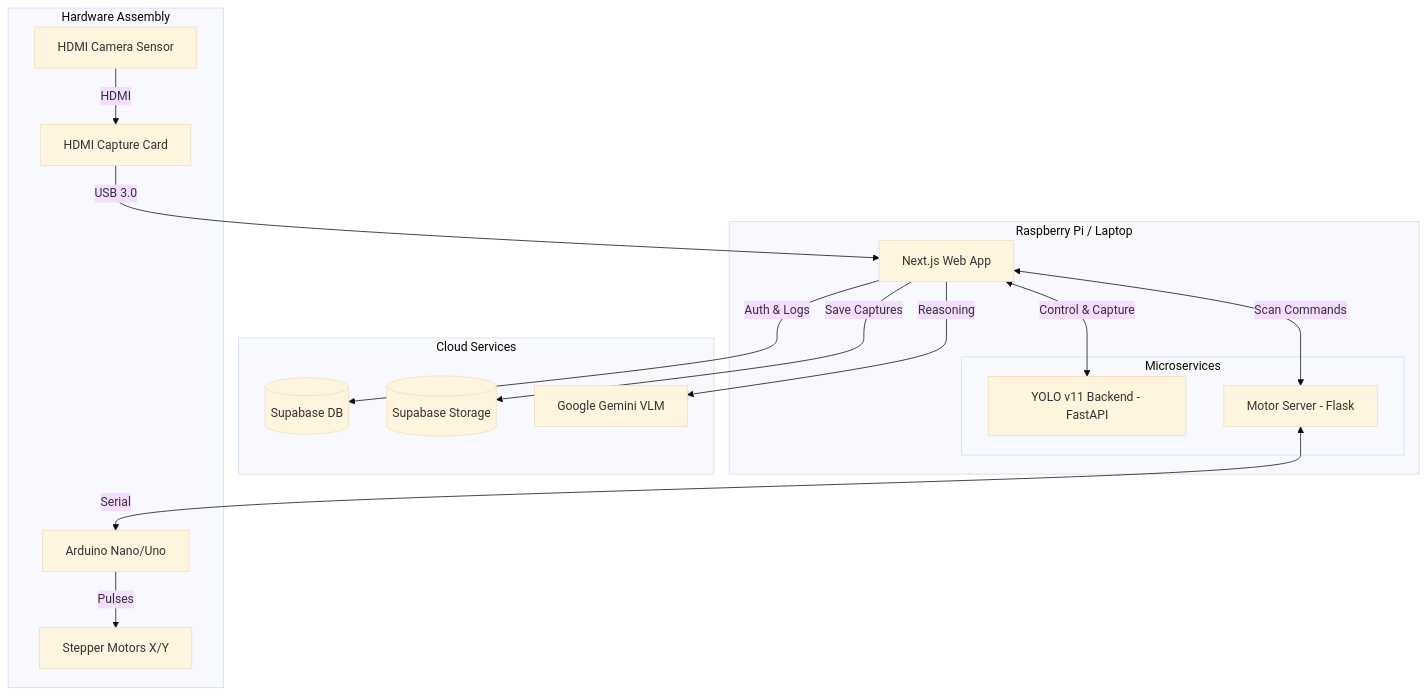
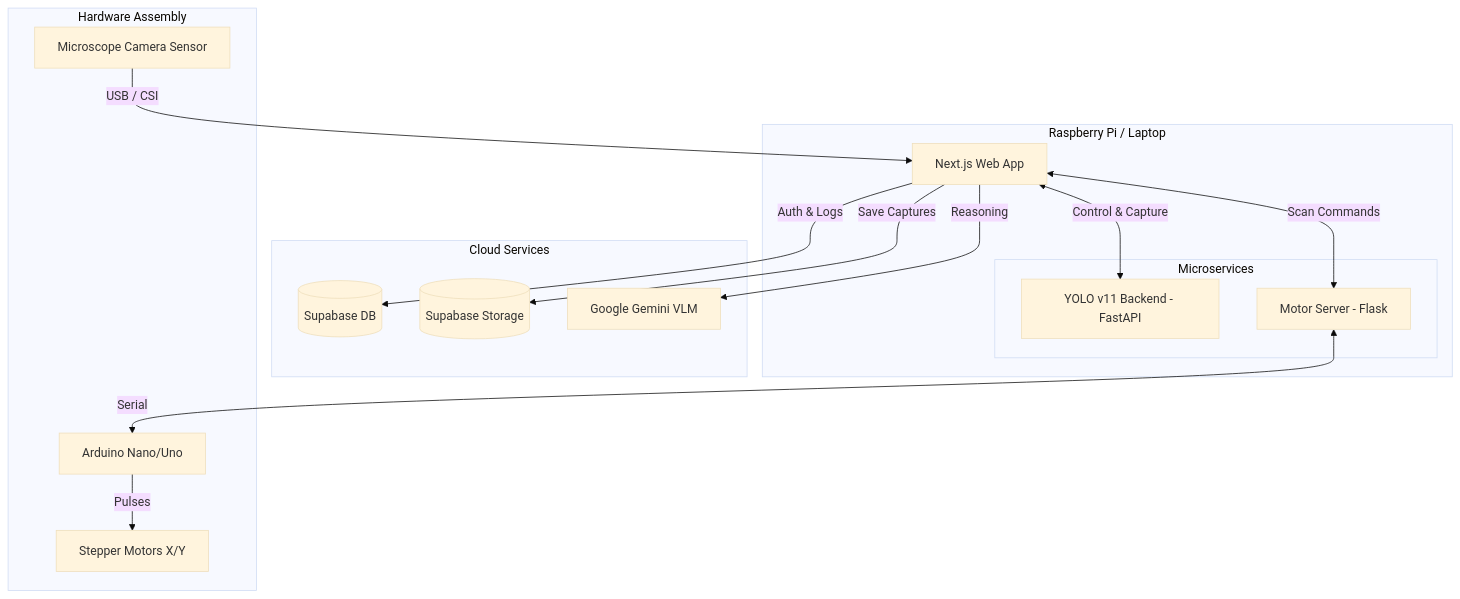
One commit to mcggEz/microview-ai changed the first of 2 diagrams in README.md. Above: the diagram before and after it, drawn with Mermaid (base theme). The commit also changed other lines of this file, not shown here.

````diff
--- a/README.md
+++ b/README.md
@@ -19,37 +19,35 @@
 ```mermaid
 flowchart TB
   subgraph Cloud Services
     DB[(Supabase DB)]
     ST[(Supabase Storage)]
     VLM[Google Gemini VLM]
   end
 
   subgraph Local Workstation [Raspberry Pi / Laptop]
     UI[Next.js Web App]
     
     subgraph Microservices
       YOLO[YOLO v11 Backend - FastAPI]
       MOTOR[Motor Server - Flask]
     end
     
     UI <-->|Control & Capture| YOLO
     UI <-->|Scan Commands| MOTOR
   end
 
   subgraph Hardware Assembly
     ARD[Arduino Nano/Uno]
     STEP[Stepper Motors X/Y]
-    CAM[HDMI Camera Sensor]
-    CAP[HDMI Capture Card]
+    CAM[Microscope Camera Sensor]
     
     MOTOR <-->|Serial| ARD
     ARD -->|Pulses| STEP
-    CAM -->|HDMI| CAP
-    CAP -->|USB 3.0| UI
+    CAM -->|USB / CSI| UI
   end
 
   %% Data Flow
   UI -->|Auth & Logs| DB
   UI -->|Save Captures| ST
   UI -->|Reasoning| VLM
 ```
````
